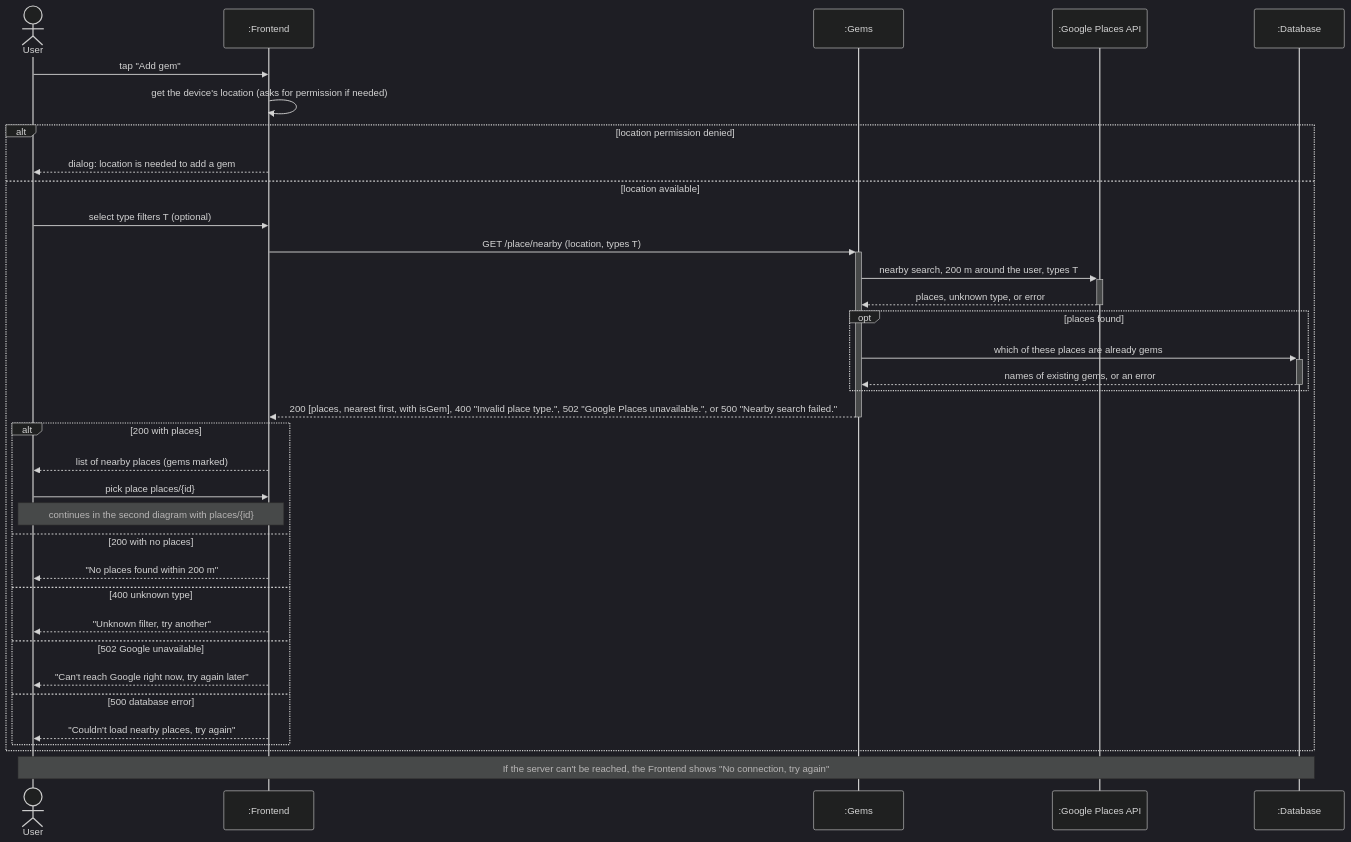
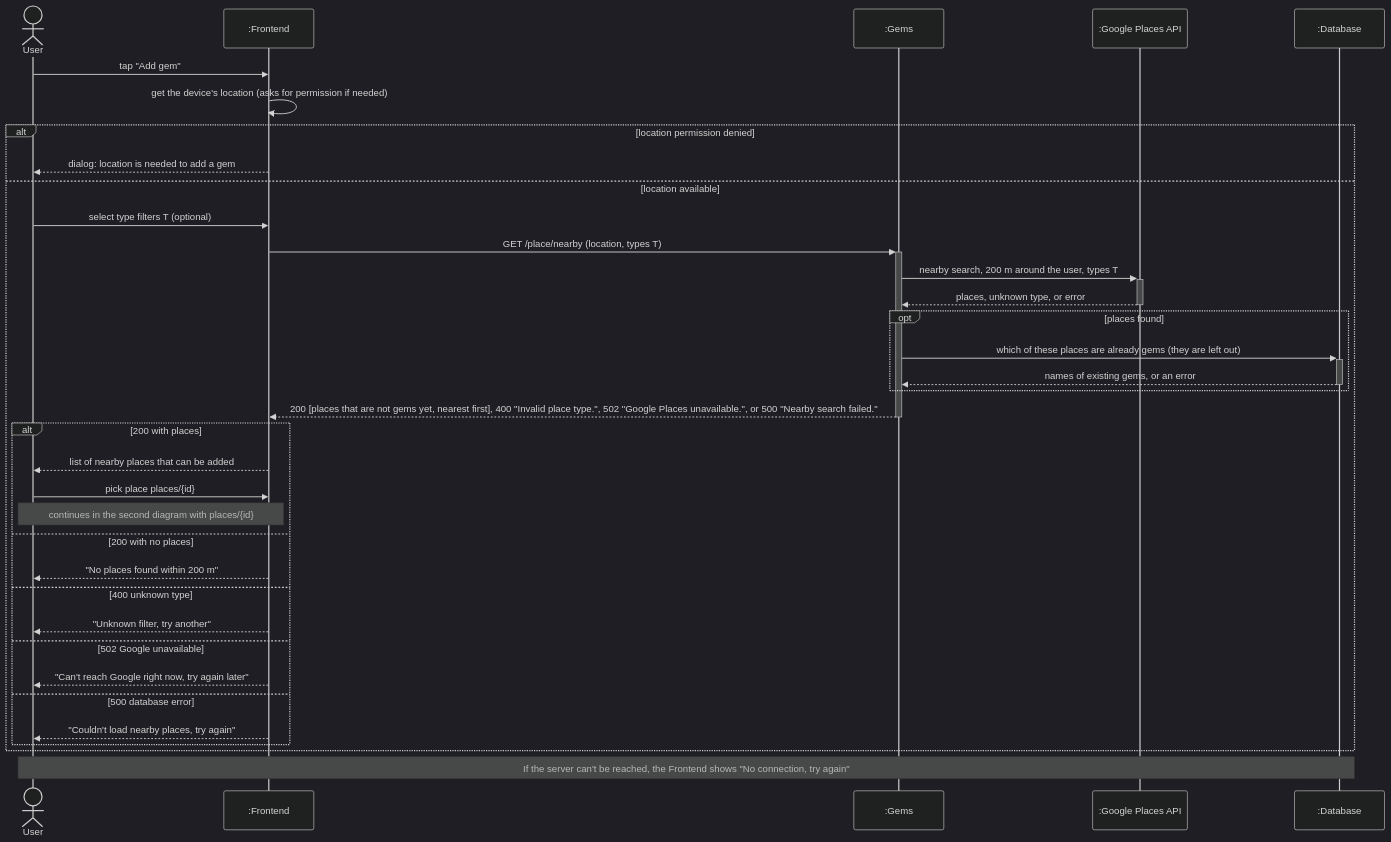
The diagram in documentation/diagrams/uc1a_choose_a_place.mmd (ubc-cpen-321-excavator/excavator), drawn with Mermaid (dark theme) before and after one commit. The commit also changed 2 other files, not shown here.

Commit message:
docs: nearby places leave out existing gems

```diff
--- a/documentation/diagrams/uc1a_choose_a_place.mmd
+++ b/documentation/diagrams/uc1a_choose_a_place.mmd
@@ -1,36 +1,36 @@
 sequenceDiagram
   actor U as User
   participant F as :Frontend
   participant G as :Gems
   participant P as :Google Places API
   participant DB as :Database
 
   U->>F: tap "Add gem"
   F->>F: get the device's location (asks for permission if needed)
   alt location permission denied
     F-->>U: dialog: location is needed to add a gem
   else location available
     U->>F: select type filters T (optional)
     F->>+G: GET /place/nearby (location, types T)
     G->>+P: nearby search, 200 m around the user, types T
     P-->>-G: places, unknown type, or error
     opt places found
-      G->>+DB: which of these places are already gems
+      G->>+DB: which of these places are already gems (they are left out)
       DB-->>-G: names of existing gems, or an error
     end
-    G-->>-F: 200 [places, nearest first, with isGem], 400 "Invalid place type.", 502 "Google Places unavailable.", or 500 "Nearby search failed."
+    G-->>-F: 200 [places that are not gems yet, nearest first], 400 "Invalid place type.", 502 "Google Places unavailable.", or 500 "Nearby search failed."
     alt 200 with places
-      F-->>U: list of nearby places (gems marked)
+      F-->>U: list of nearby places that can be added
       U->>F: pick place places/{id}
       Note over U,F: continues in the second diagram with places/{id}
     else 200 with no places
       F-->>U: "No places found within 200 m"
     else 400 unknown type
       F-->>U: "Unknown filter, try another"
     else 502 Google unavailable
       F-->>U: "Can't reach Google right now, try again later"
     else 500 database error
       F-->>U: "Couldn't load nearby places, try again"
     end
   end
   Note over U,DB: If the server can't be reached, the Frontend shows "No connection, try again"
```
